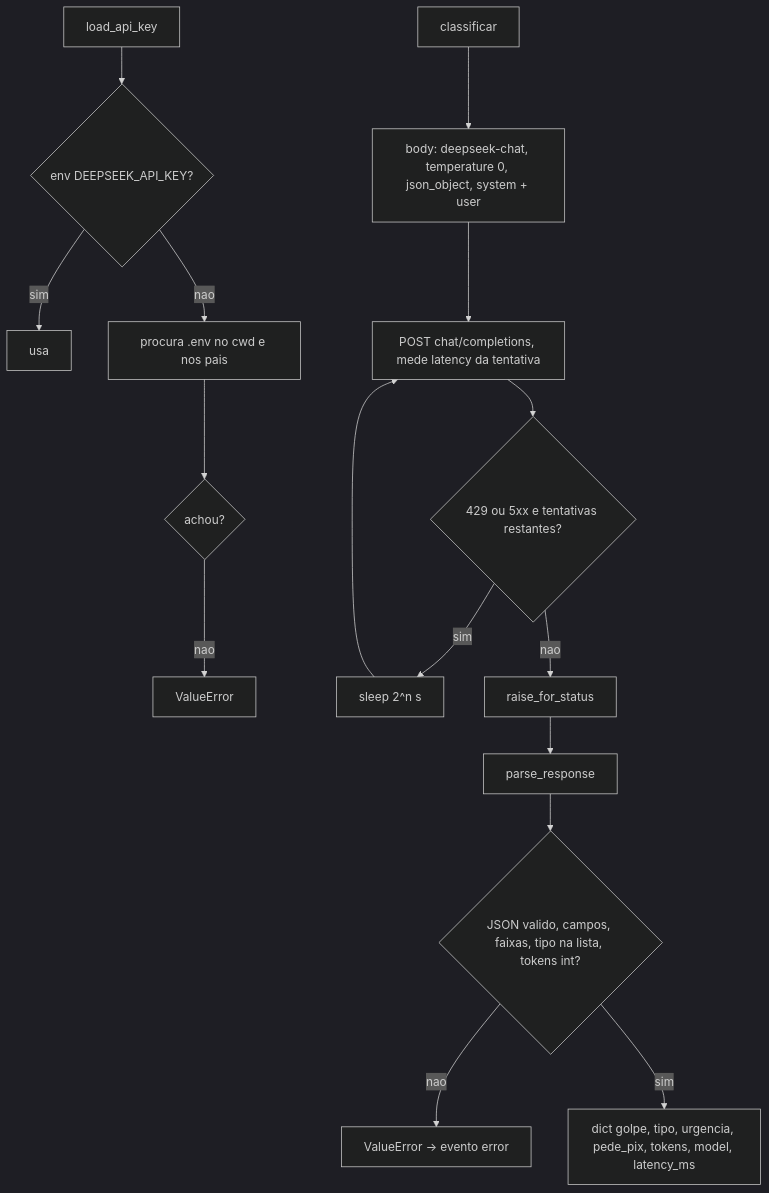
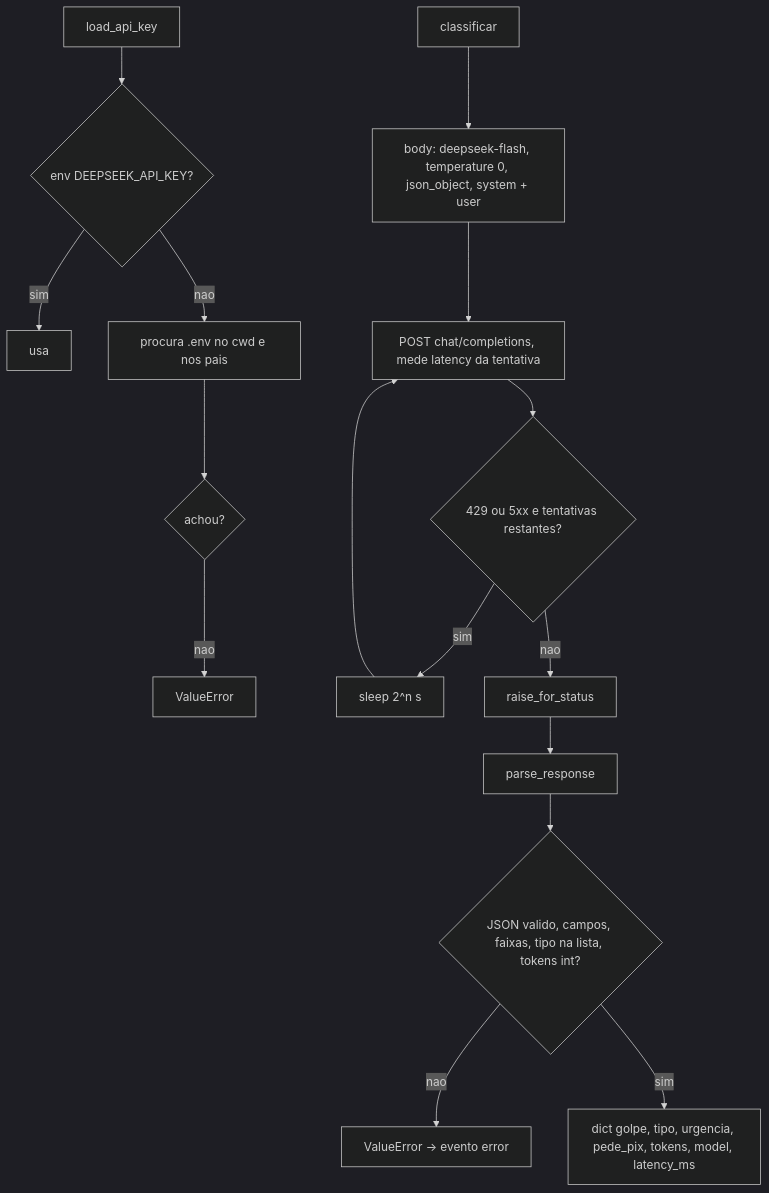
Before and after one commit to sandeco/pix-golpe: the diagram in _reversa_sdd/flowcharts/deepseek.md, drawn with Mermaid (dark theme). The commit also changed 7 other files, not shown here.

First line of the commit message:
Troca deepseek-chat por deepseek-flash nas specs e no README do paper

````diff
--- a/_reversa_sdd/flowcharts/deepseek.md
+++ b/_reversa_sdd/flowcharts/deepseek.md
@@ -3,16 +3,16 @@
 ```mermaid
 flowchart TD
     K[load_api_key] --> K1{env DEEPSEEK_API_KEY?}
     K1 -- sim --> K2[usa]
     K1 -- nao --> K3[procura .env no cwd e nos pais] --> K4{achou?}
     K4 -- nao --> KX[ValueError]
-    C[classificar] --> C1[body: deepseek-chat, temperature 0, json_object, system + user]
+    C[classificar] --> C1[body: deepseek-flash, temperature 0, json_object, system + user]
     C1 --> C2[POST chat/completions, mede latency da tentativa]
     C2 --> C3{429 ou 5xx e tentativas restantes?}
     C3 -- sim --> C4[sleep 2^n s] --> C2
     C3 -- nao --> C5[raise_for_status]
     C5 --> C6[parse_response]
     C6 --> C7{JSON valido, campos, faixas, tipo na lista, tokens int?}
     C7 -- nao --> CX[ValueError -> evento error]
     C7 -- sim --> C8[dict golpe, tipo, urgencia, pede_pix, tokens, model, latency_ms]
 ```
````
